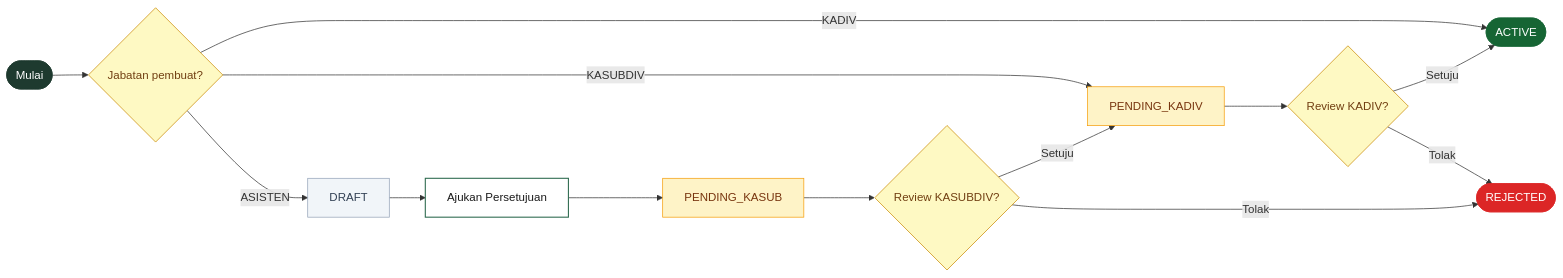
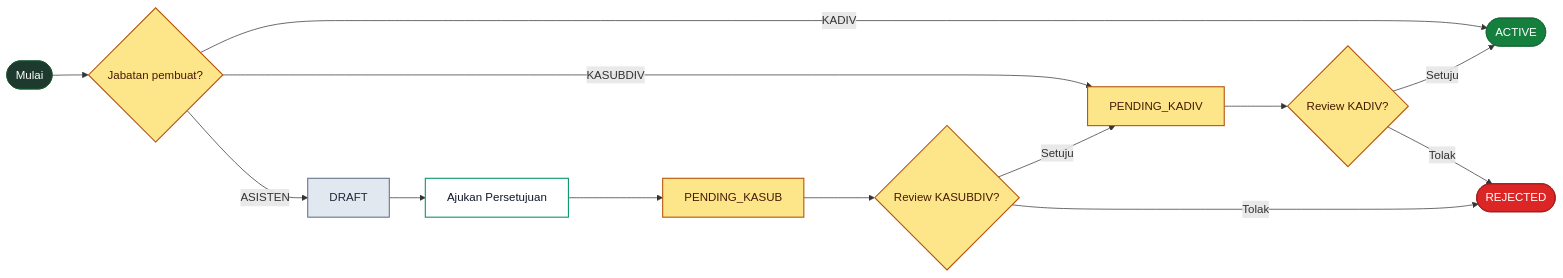
One commit to alifnrmdhn-create/atlas-fullstack changed the fourth of 8 diagrams in docs/ATLAS_PLAYBOOK.md. Above: the diagram before and after it, drawn with Mermaid. The commit also changed other lines of this file and 38 other files, not shown here.

````diff
--- a/docs/ATLAS_PLAYBOOK.md
+++ b/docs/ATLAS_PLAYBOOK.md
@@ -103,26 +133,26 @@
 ```mermaid
 flowchart LR
     Start([Mulai]):::start --> Role{Jabatan pembuat?}:::decision
 
     Role -- KADIV --> Active([ACTIVE]):::done
     Role -- KASUBDIV --> PK[PENDING_KADIV]:::pending
     Role -- ASISTEN --> Draft[DRAFT]:::neutral
 
     PK --> AK{Review KADIV?}:::decision
     AK -- Setuju --> Active
     AK -- Tolak --> Rejected([REJECTED]):::err
 
     Draft --> Ajukan[Ajukan Persetujuan]:::proc
     Ajukan --> PKS[PENDING_KASUB]:::pending
     PKS --> AKS{Review KASUBDIV?}:::decision
     AKS -- Setuju --> PK
     AKS -- Tolak --> Rejected
 
-    classDef start    fill:#1e3a2f,stroke:#1e3a2f,color:#fff
-    classDef done     fill:#166534,stroke:#166534,color:#fff
-    classDef err      fill:#dc2626,stroke:#dc2626,color:#fff
-    classDef proc     fill:#fff,stroke:#2d6a4f,color:#1a1a1a,stroke-width:1.5px
-    classDef pending  fill:#fef3c7,stroke:#f59e0b,color:#78350f
-    classDef neutral  fill:#f1f5f9,stroke:#94a3b8,color:#334155
-    classDef decision fill:#fef9c3,stroke:#ca8a04,color:#713f12
+    classDef start    fill:#1e3a2f,stroke:#14532d,color:#ffffff
+    classDef done     fill:#15803d,stroke:#166534,color:#ffffff
+    classDef err      fill:#dc2626,stroke:#991b1b,color:#ffffff
+    classDef proc     fill:#ffffff,stroke:#059669,color:#0F172A,stroke-width:1.5px
+    classDef pending  fill:#fde68a,stroke:#b45309,color:#451a03,stroke-width:1.5px
+    classDef neutral  fill:#e2e8f0,stroke:#64748b,color:#1e293b,stroke-width:1.5px
+    classDef decision fill:#fde68a,stroke:#b45309,color:#451a03,stroke-width:1.5px
 ```
````
